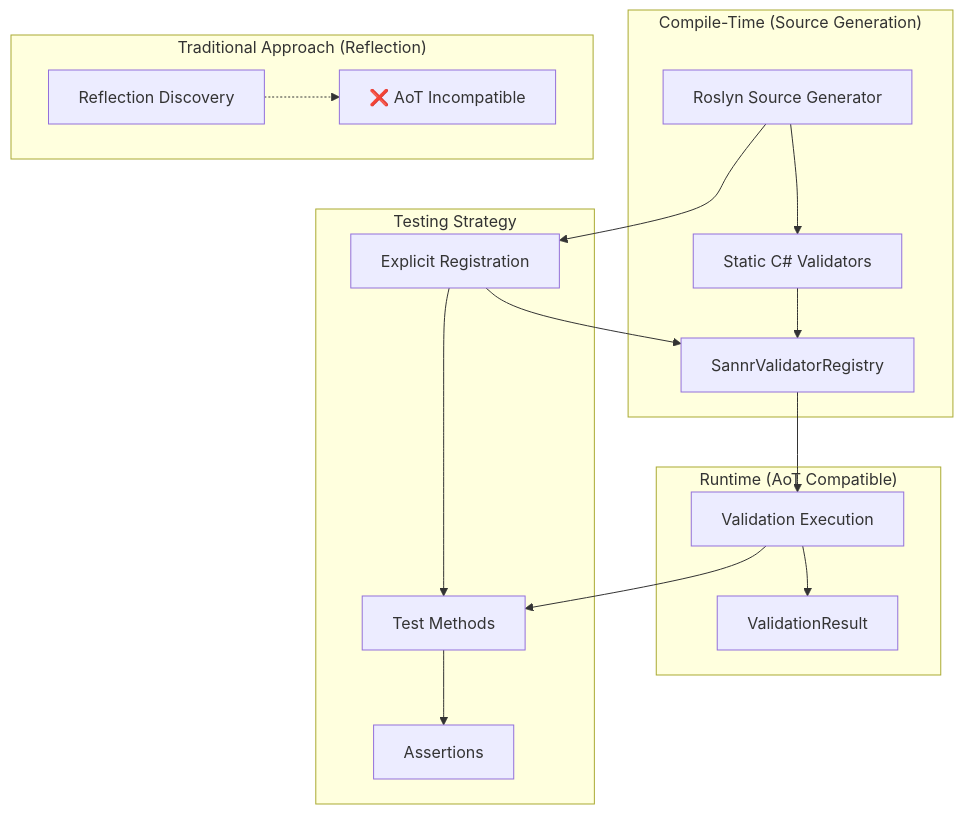
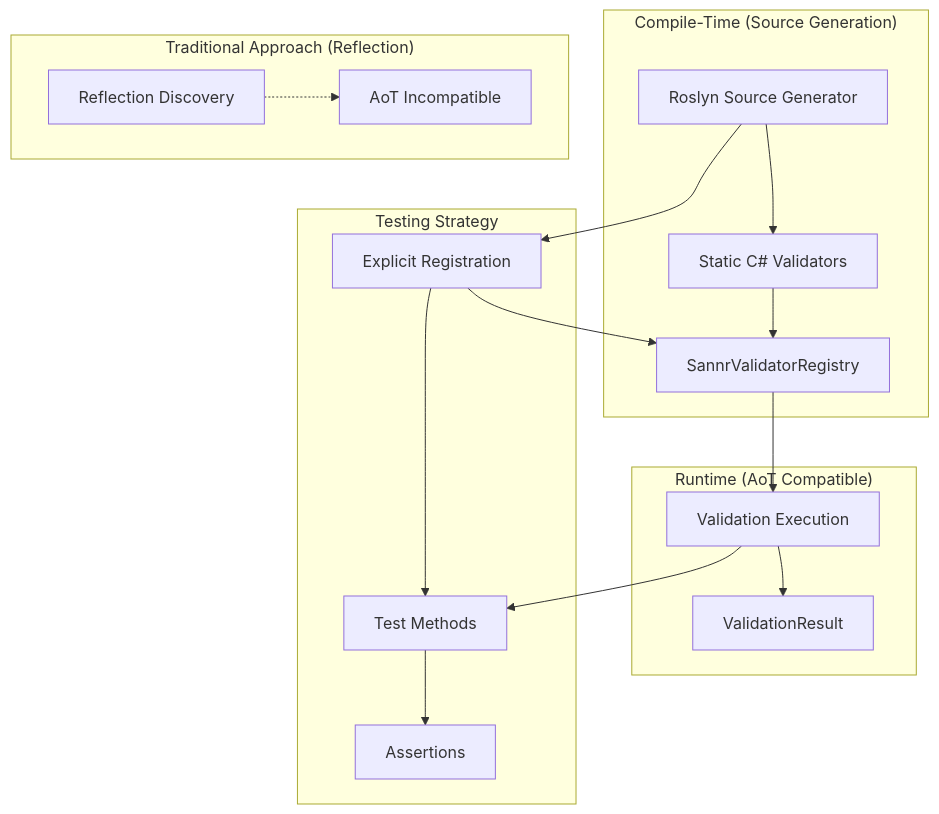
Before and after one commit to Digvijay/Sannr: the diagram in docs/TESTING_STRATEGY.md, drawn with Mermaid. The commit also changed 42 other files, not shown here.

````diff
--- a/docs/TESTING_STRATEGY.md
+++ b/docs/TESTING_STRATEGY.md
@@ -64,25 +64,25 @@
 ```mermaid
 graph TB
     subgraph "Compile-Time (Source Generation)"
         SG[Roslyn Source Generator] --> SC[Static C# Validators]
         SC --> REG[SannrValidatorRegistry]
     end
     
     subgraph "Runtime (AoT Compatible)"
         REG --> VAL[Validation Execution]
         VAL --> RES[ValidationResult]
     end
     
     subgraph "Testing Strategy"
         EXP[Explicit Registration] --> REG
         EXP --> TEST[Test Methods]
         TEST --> ASSERT[Assertions]
     end
     
     subgraph "Traditional Approach (Reflection)"
-        REF[Reflection Discovery] -.-> X[❌ AoT Incompatible]
+        REF[Reflection Discovery] -.-> X[ AoT Incompatible]
     end
     
     SG --> EXP
     VAL --> TEST
 ```
````
